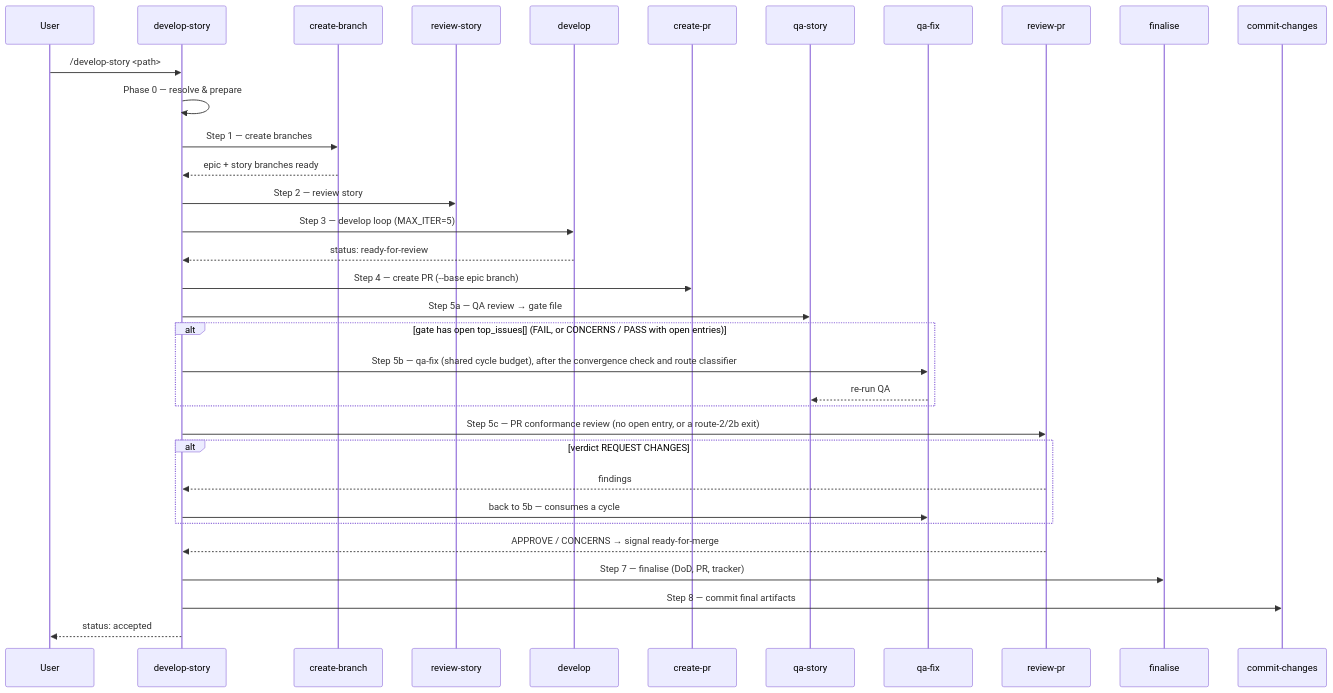
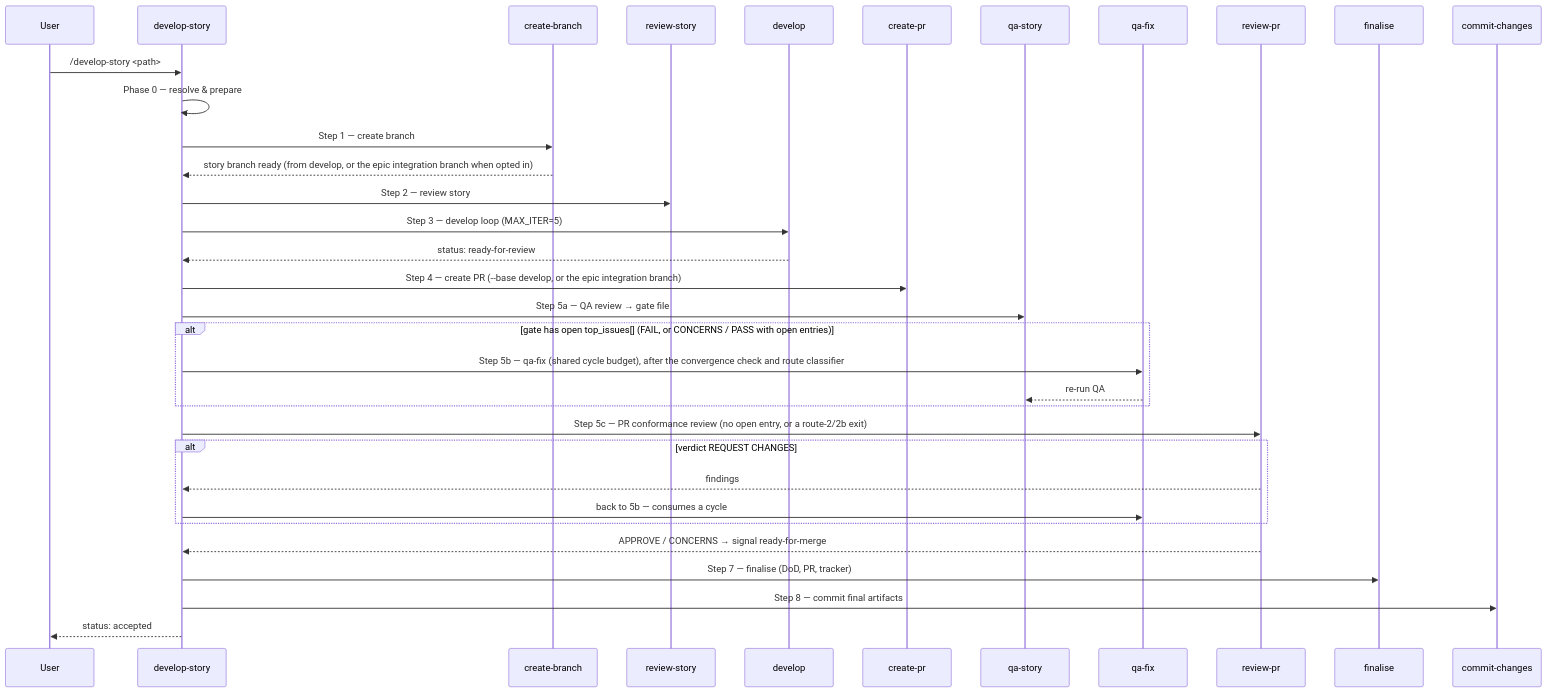
The fourth of 6 diagrams in docs/concepts/architecture.md (Gamaroff/agent-skills), drawn with Mermaid before and after one commit. The commit also changed 12 other files, not shown here.

````diff
--- a/docs/concepts/architecture.md
+++ b/docs/concepts/architecture.md
@@ -115,37 +115,37 @@
 ```mermaid
 sequenceDiagram
     participant U as User
     participant DS as develop-story
     participant CB as create-branch
     participant RS as review-story
     participant DEV as develop
     participant CPR as create-pr
     participant QS as qa-story
     participant QF as qa-fix
     participant RPR as review-pr
     participant FN as finalise
     participant CC as commit-changes
 
     U->>DS: /develop-story <path>
     DS->>DS: Phase 0 — resolve & prepare
-    DS->>CB: Step 1 — create branches
-    CB-->>DS: epic + story branches ready
+    DS->>CB: Step 1 — create branch
+    CB-->>DS: story branch ready (from develop, or the epic integration branch when opted in)
     DS->>RS: Step 2 — review story
     DS->>DEV: Step 3 — develop loop (MAX_ITER=5)
     DEV-->>DS: status: ready-for-review
-    DS->>CPR: Step 4 — create PR (--base epic branch)
+    DS->>CPR: Step 4 — create PR (--base develop, or the epic integration branch)
     DS->>QS: Step 5a — QA review → gate file
     alt gate has open top_issues[] (FAIL, or CONCERNS / PASS with open entries)
         DS->>QF: Step 5b — qa-fix (shared cycle budget), after the convergence check and route classifier
         QF-->>QS: re-run QA
     end
     DS->>RPR: Step 5c — PR conformance review (no open entry, or a route-2/2b exit)
     alt verdict REQUEST CHANGES
         RPR-->>DS: findings
         DS->>QF: back to 5b — consumes a cycle
     end
     RPR-->>DS: APPROVE / CONCERNS → signal ready-for-merge
     DS->>FN: Step 7 — finalise (DoD, PR, tracker)
     DS->>CC: Step 8 — commit final artifacts
     DS-->>U: status: accepted
 ```
````
